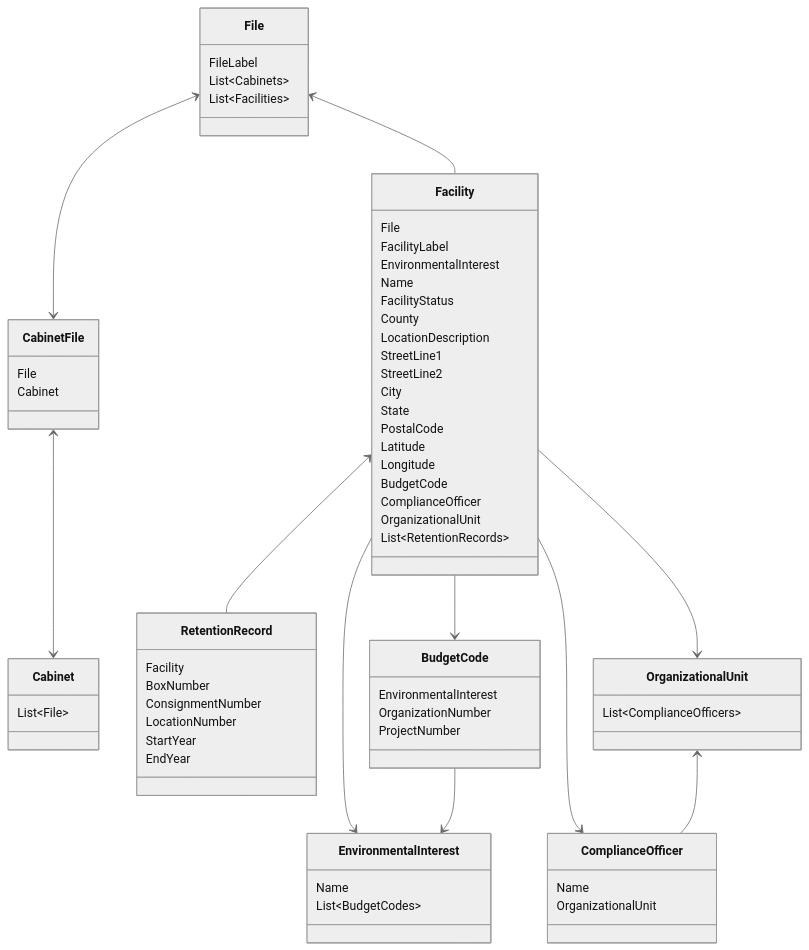
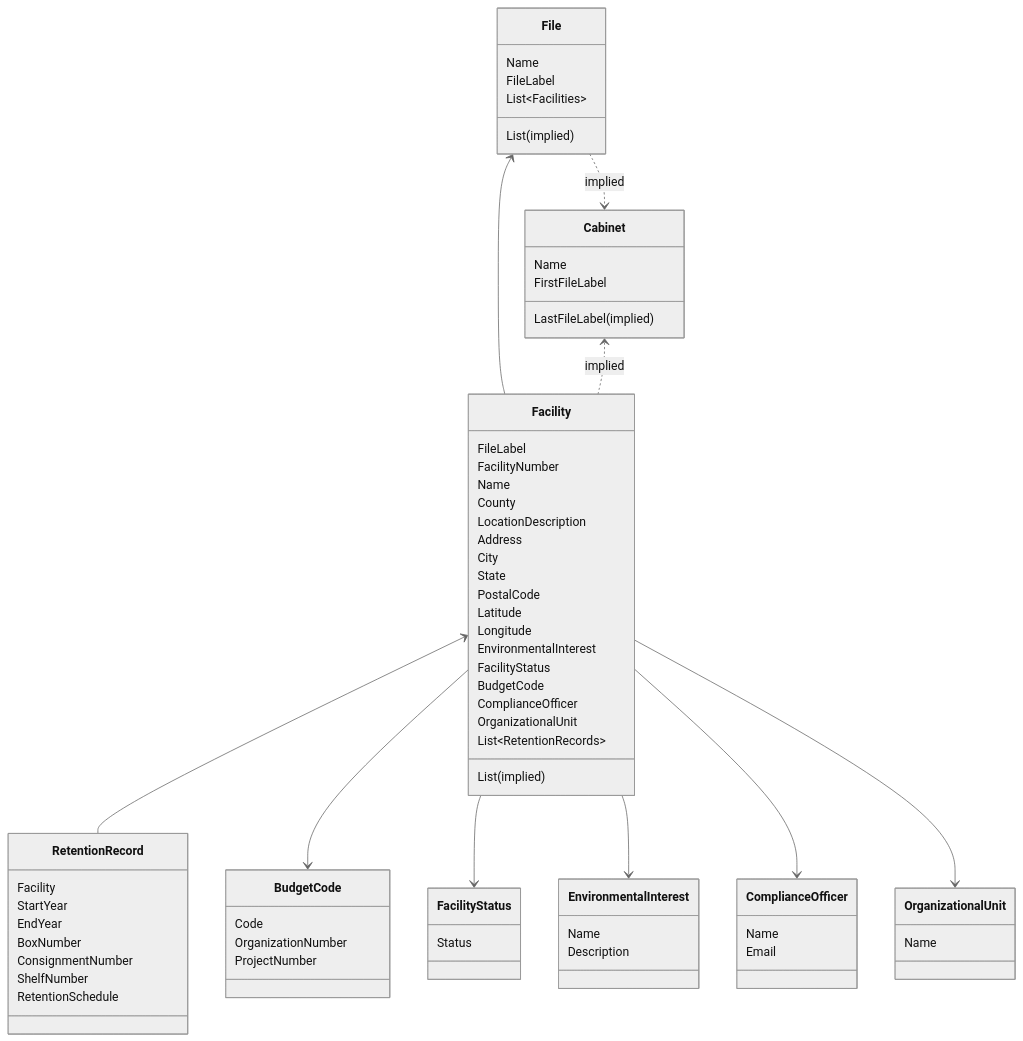
The diagram in docs/ER-diagram.md (gaepdit/FMS), drawn with Mermaid (neutral theme) before and after one commit. The commit also changed 86 other files, not shown here.

````diff
--- a/docs/ER-diagram.md
+++ b/docs/ER-diagram.md
@@ -3,87 +3,90 @@
 ```mermaid
 
 classDiagram
-    File <--> CabinetFile
-    CabinetFile <--> Cabinet
+    File ..> Cabinet : implied
     File <-- Facility
-        
+    Cabinet <.. Facility : implied
+
     Facility <-- RetentionRecord
     Facility --> BudgetCode
+    Facility --> FacilityStatus
     Facility --> EnvironmentalInterest
     Facility --> ComplianceOfficer
     Facility --> OrganizationalUnit
 
-    BudgetCode --> EnvironmentalInterest
-
-    OrganizationalUnit <-- ComplianceOfficer
-
 %% Classes
 
 class File {
+    Name
     FileLabel
-    List~Cabinets~
     List~Facilities~
-}
 
-class CabinetFile{
-    File
-    Cabinet
+    List<Cabinets> (implied)
 }
 
 class Cabinet {
-    List~File~
+    Name
+    FirstFileLabel
+
+    LastFileLabel (implied)
 }
 
 class Facility {
-    File
-    FacilityLabel
-    EnvironmentalInterest
+    FileLabel
+    FacilityNumber
     Name
-    FacilityStatus
     County
     LocationDescription
-    StreetLine1
-    StreetLine2
+    Address
     City
     State
     PostalCode
     Latitude
     Longitude
+    EnvironmentalInterest
+    FacilityStatus
     BudgetCode
     ComplianceOfficer
     OrganizationalUnit
     List~RetentionRecords~
+
+    List<Cabinets> (implied)
 }
 
 class RetentionRecord {
     Facility
+    StartYear
+    EndYear
     BoxNumber
     ConsignmentNumber
-    LocationNumber
-    StartYear
-    EndYear
+    ShelfNumber
+    RetentionSchedule
 }
 
 class EnvironmentalInterest {
     Name
-    List~BudgetCodes~
+    Description
 }
 
 %% Lookup tables
 
 class BudgetCode {
-    EnvironmentalInterest
+    Code
     OrganizationNumber
     ProjectNumber
 }
 
 class OrganizationalUnit {
-    List~ComplianceOfficers~
+    Name
+}
+
+class FacilityStatus {
+    Status
 }
 
 class ComplianceOfficer {
     Name
-    OrganizationalUnit
+    Email
 }
 
 ```
````
